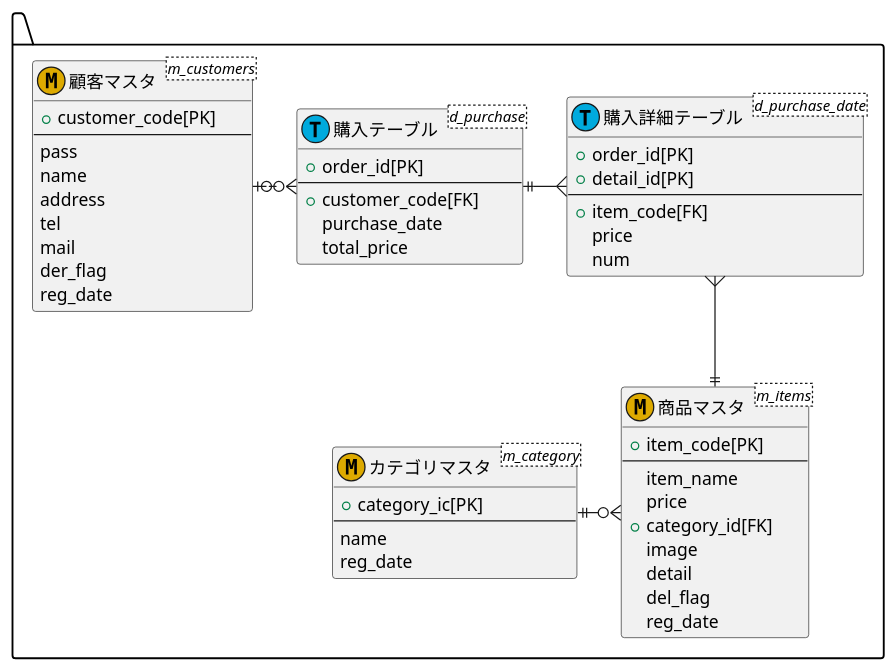
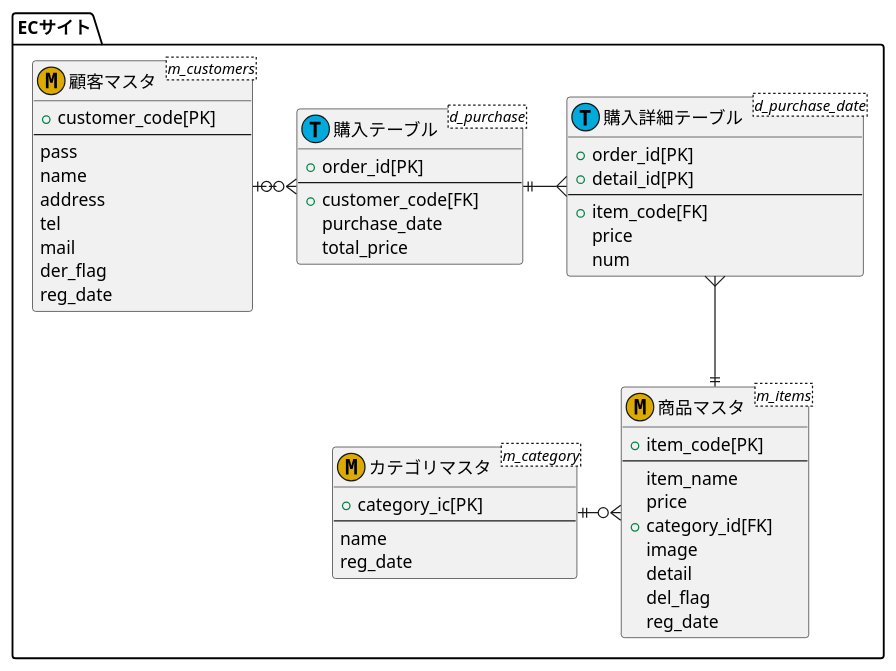
Before and after one commit to Aso2001033/2021.design-sys: the diagram in E-R.md, drawn with PlantUML.

````diff
--- a/E-R.md
+++ b/E-R.md
@@ -1,60 +1,60 @@
 ```puml
 @startuml
-package "" as target_system{
+package "ECサイト" as target_system{
 
 entity "顧客マスタ"<m_customers><<M,DDAA00>>{
  +customer_code[PK]
  --
  pass
  name
  address
  tel
  mail
  der_flag
  reg_date
 }
 
 entity "購入テーブル"<d_purchase><<T,00AADD>>{
 +order_id[PK]
 --
 +customer_code[FK]
 purchase_date
 total_price
 }
 
 entity "購入詳細テーブル"<d_purchase_date><<T,00AADD>>{
 +order_id[PK]
 +detail_id[PK]
 --
 +item_code[FK]
 price
 num
 }
 
 entity "商品マスタ"<m_items><<M,DDAA00>>{
 +item_code[PK]
 --
 item_name
 price
 +category_id[FK]
 image
 detail
 del_flag
 reg_date
 }
 
 entity "カテゴリマスタ"<m_category><<M,DDAA00>>{
 +category_ic[PK]
 --
 name
 reg_date
 }
 }
 
 顧客マスタ |o-ri-o{ 購入テーブル
 購入テーブル ||-ri-{ 購入詳細テーブル 
 購入詳細テーブル }-do-|| 商品マスタ
 商品マスタ }o-le-|| カテゴリマスタ
 
 @enduml
 ```
````
